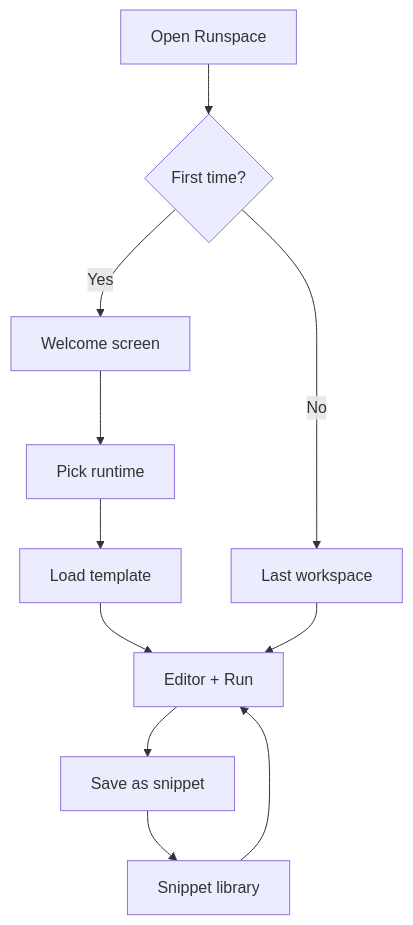
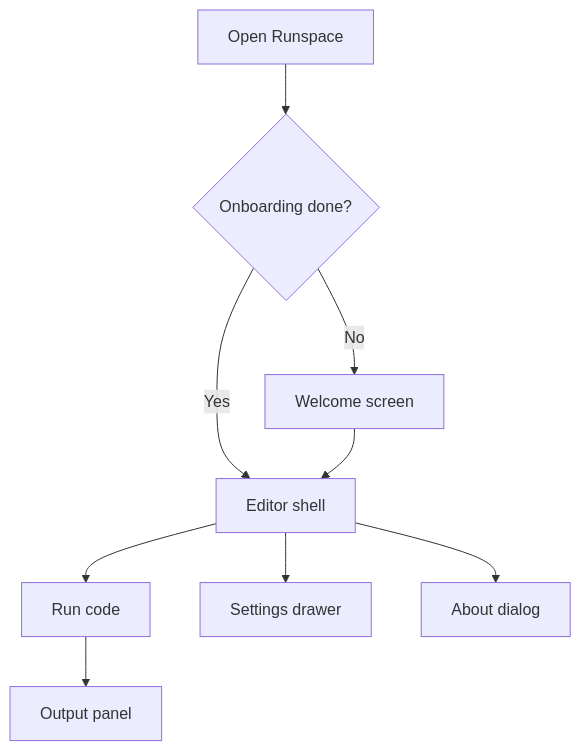
One commit to enegalan/runspace changed the diagram in docs/plan/phase-7.md. Above: the diagram before and after it, drawn with Mermaid. The commit also changed other lines of this file and 67 other files, not shown here.

````diff
--- a/docs/plan/phase-7.md
+++ b/docs/plan/phase-7.md
@@ -29,13 +49,11 @@
 ```mermaid
 flowchart TD
-  Launch[Open Runspace] --> Welcome{First time?}
-  Welcome -->|Yes| Onboard[Welcome screen]
-  Welcome -->|No| LastWs[Last workspace]
-  Onboard --> PickRuntime[Pick runtime]
-  PickRuntime --> Template[Load template]
-  Template --> Editor[Editor + Run]
-  LastWs --> Editor
-  Editor --> SaveSnippet[Save as snippet]
-  SaveSnippet --> SnippetLib[Snippet library]
-  SnippetLib --> Editor
+  Launch[Open Runspace] --> Onboard{Onboarding done?}
+  Onboard -->|No| Welcome[Welcome screen]
+  Onboard -->|Yes| Editor[Editor shell]
+  Welcome --> Editor
+  Editor --> Run[Run code]
+  Run --> Output[Output panel]
+  Editor --> Settings[Settings drawer]
+  Editor --> About[About dialog]
 ```
````
